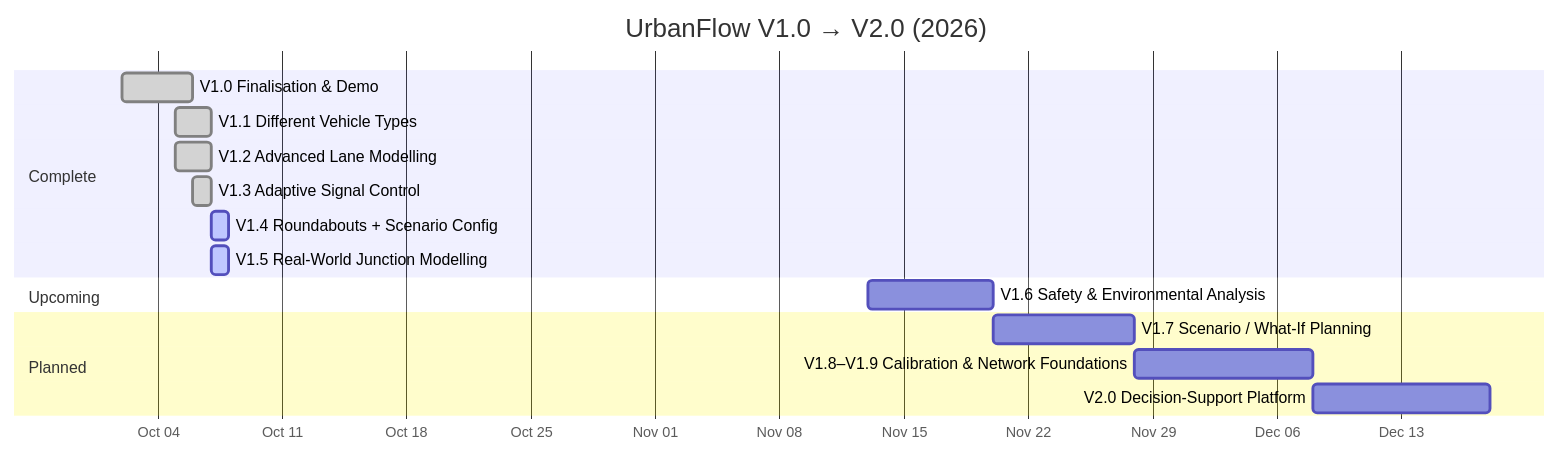
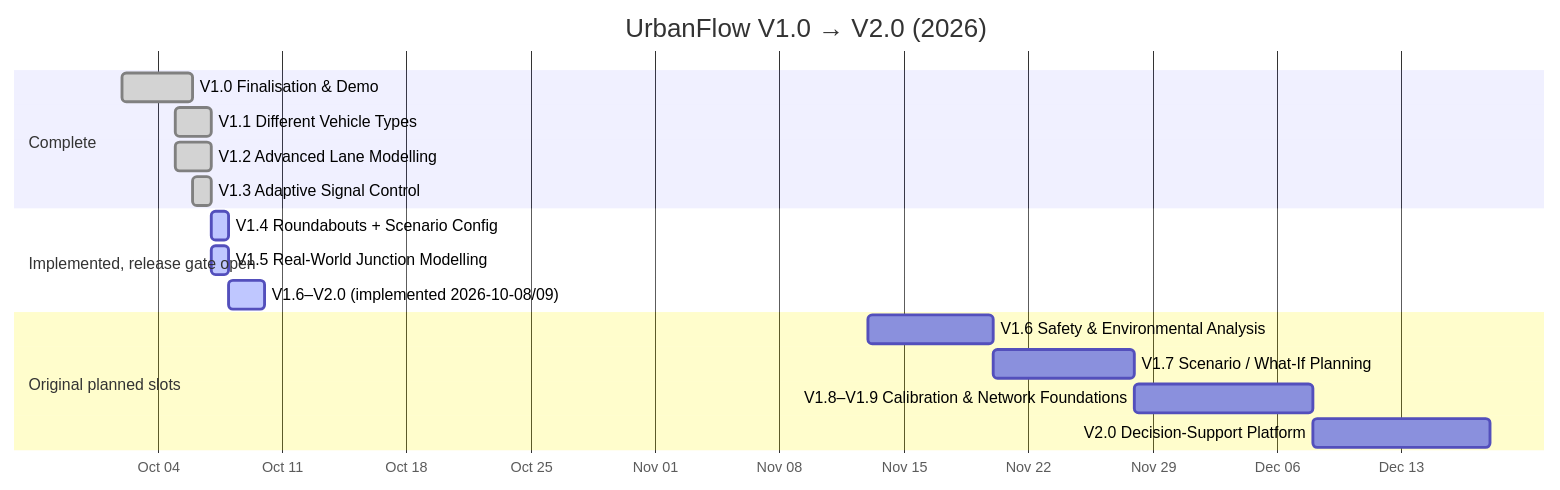
Before and after one commit to Viraj281105/Traffic-Simulation: the third of 3 diagrams in docs/ROADMAP.md, drawn with Mermaid. The commit also changed other lines of this file and 8 other files, not shown here.

First line of the commit message:
docs: V2.0 release-gate evidence, corrected roadmap status and operator notes

````diff
--- a/docs/ROADMAP.md
+++ b/docs/ROADMAP.md
@@ -90,19 +90,20 @@
 ```mermaid
 gantt
     title UrbanFlow V1.0 → V2.0 (2026)
     dateFormat YYYY-MM-DD
     axisFormat %b %d
     section Complete
     V1.0 Finalisation & Demo                 :done,    v10, 2026-10-02, 4d
     V1.1 Different Vehicle Types             :done,    v11, 2026-10-05, 2d
     V1.2 Advanced Lane Modelling             :done,    v12, 2026-10-05, 2d
     V1.3 Adaptive Signal Control             :done,    v13, 2026-10-06, 1d
+    section Implemented, release gate open
     V1.4 Roundabouts + Scenario Config       :active,  v14, 2026-10-07, 1d
     V1.5 Real-World Junction Modelling       :active,  v15, 2026-10-07, 1d
-    section Upcoming
+    V1.6–V2.0 (implemented 2026-10-08/09)    :active,  v16i, 2026-10-08, 2d
+    section Original planned slots
     V1.6 Safety & Environmental Analysis     :         v16, 2026-11-13, 7d
-    section Planned
     V1.7 Scenario / What-If Planning         :         v17, 2026-11-20, 8d
     V1.8–V1.9 Calibration & Network Foundations :      v18, 2026-11-28, 10d
     V2.0 Decision-Support Platform           :         v20, 2026-12-08, 10d
 ```
````
